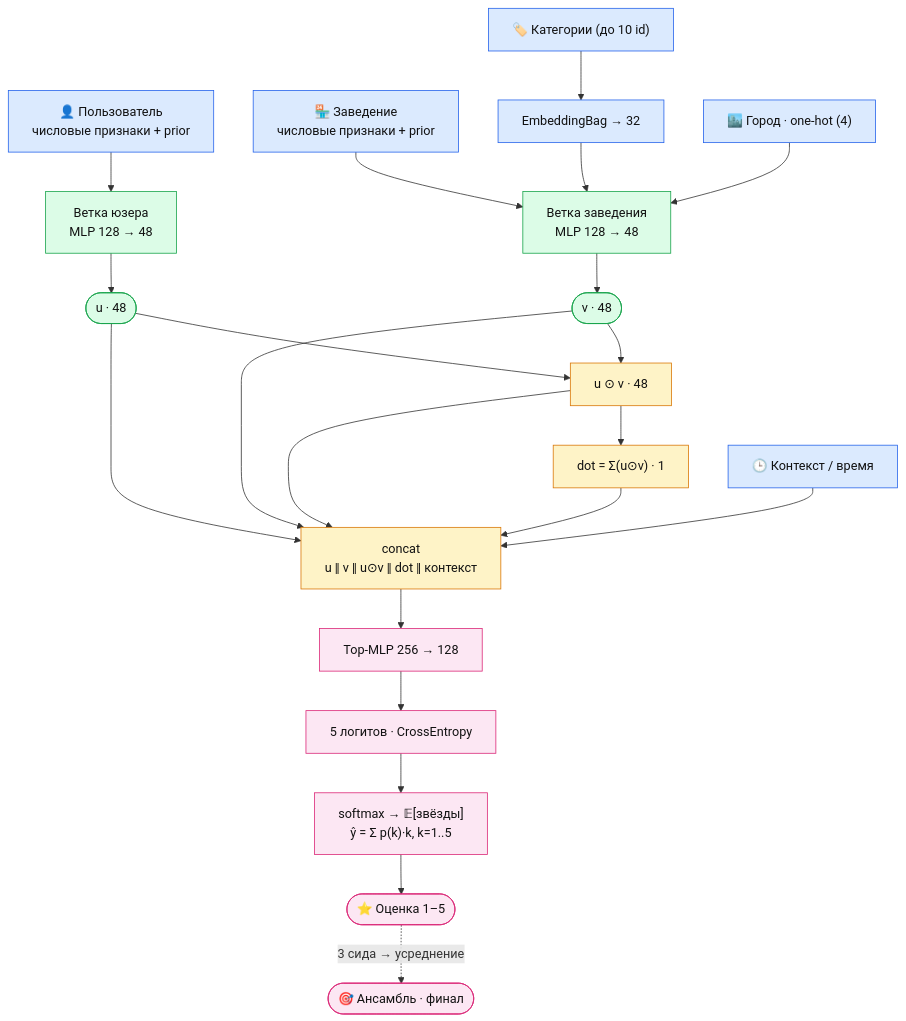
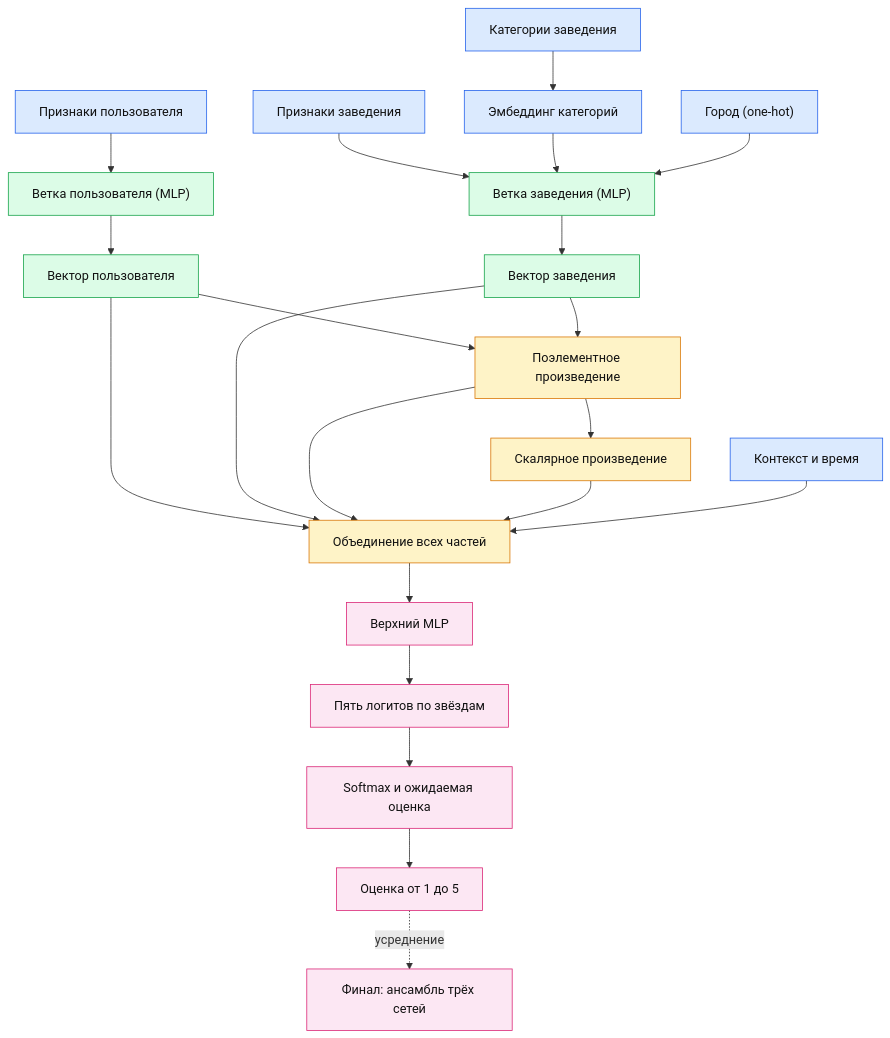
The first of 2 diagrams in README.md (bluesteelll/gp5), drawn with Mermaid before and after one commit. The commit also changed other lines of this file, not shown here.

Commit message:
one more

````diff
--- a/README.md
+++ b/README.md
@@ -148,44 +147,44 @@
 ```mermaid
 flowchart TD
-    XU["👤 Пользователь<br/>числовые признаки + prior"]
-    XB["🏪 Заведение<br/>числовые признаки + prior"]
-    CAT["🏷️ Категории (до 10 id)"]
-    CITY["🏙️ Город · one-hot (4)"]
-    CTX["🕒 Контекст / время"]
+    XU["Признаки пользователя"]
+    XB["Признаки заведения"]
+    CAT["Категории заведения"]
+    CITY["Город (one-hot)"]
+    CTX["Контекст и время"]
 
-    CAT --> EMB["EmbeddingBag → 32"]
+    CAT --> EMB["Эмбеддинг категорий"]
 
-    XU --> UM["Ветка юзера<br/>MLP 128 → 48"]
-    XB --> BM["Ветка заведения<br/>MLP 128 → 48"]
+    XU --> UM["Ветка пользователя (MLP)"]
+    XB --> BM["Ветка заведения (MLP)"]
     EMB --> BM
     CITY --> BM
 
-    UM --> U(["u · 48"])
-    BM --> V(["v · 48"])
+    UM --> U["Вектор пользователя"]
+    BM --> V["Вектор заведения"]
 
-    U --> HAD["u ⊙ v · 48"]
+    U --> HAD["Поэлементное произведение"]
     V --> HAD
-    HAD --> DOT["dot = Σ(u⊙v) · 1"]
+    HAD --> DOT["Скалярное произведение"]
 
-    U --> CC["concat<br/>u ‖ v ‖ u⊙v ‖ dot ‖ контекст"]
+    U --> CC["Объединение всех частей"]
     V --> CC
     HAD --> CC
     DOT --> CC
     CTX --> CC
 
-    CC --> TOP["Top-MLP 256 → 128"]
-    TOP --> LOG["5 логитов · CrossEntropy"]
-    LOG --> DEC["softmax → 𝔼[звёзды]<br/>ŷ = Σ p(k)·k, k=1..5"]
-    DEC --> OUT(["⭐ Оценка 1–5"])
-    OUT -.->|3 сида → усреднение| ENS(["🎯 Ансамбль · финал"])
+    CC --> TOP["Верхний MLP"]
+    TOP --> LOG["Пять логитов по звёздам"]
+    LOG --> DEC["Softmax и ожидаемая оценка"]
+    DEC --> OUT["Оценка от 1 до 5"]
+    OUT -.->|усреднение| ENS["Финал: ансамбль трёх сетей"]
 
     classDef in   fill:#dbeafe,stroke:#2563eb,color:#111;
     classDef br   fill:#dcfce7,stroke:#16a34a,color:#111;
     classDef int  fill:#fef3c7,stroke:#d97706,color:#111;
     classDef head fill:#fce7f3,stroke:#db2777,color:#111;
 
     class XU,XB,CAT,CITY,CTX,EMB in;
     class UM,BM,U,V br;
     class HAD,DOT,CC int;
     class TOP,LOG,DEC,OUT,ENS head;
 ```
````
